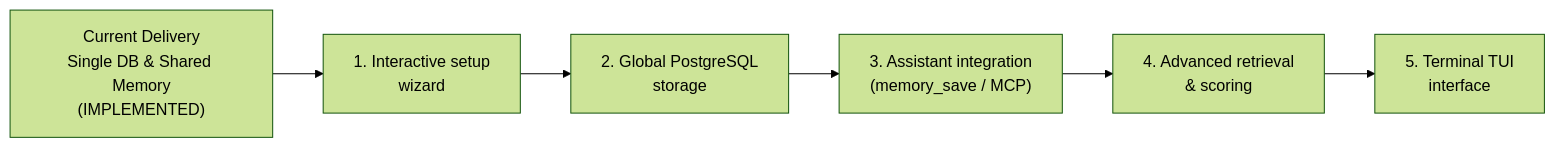
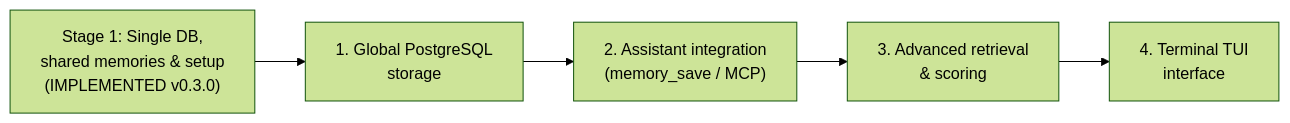
Before and after one commit to jotredev/forge614-engram: the diagram in docs/en/08-boundaries-and-roadmap.md, drawn with Mermaid (forest theme). The commit also changed other lines of this file and 29 other files, not shown here.

First line of the commit message:
Add interactive setup wizard and fix WAL initialization for read-only ac

````diff
--- a/docs/en/08-boundaries-and-roadmap.md
+++ b/docs/en/08-boundaries-and-roadmap.md
@@ -102,8 +128,7 @@
 ```mermaid
 flowchart LR
-    E1["Current Delivery<br>Single DB & Shared Memory<br>(IMPLEMENTED)"] --> P1["1. Interactive setup<br>wizard"]
-    P1 --> P2["2. Global PostgreSQL<br>storage"]
-    P2 --> P3["3. Assistant integration<br>(memory_save / MCP)"]
-    P3 --> P4["4. Advanced retrieval<br>& scoring"]
-    P4 --> P5["5. Terminal TUI<br>interface"]
+    E1["Stage 1: Single DB,<br>shared memories & setup<br>(IMPLEMENTED v0.3.0)"] --> P1["1. Global PostgreSQL<br>storage"]
+    P1 --> P2["2. Assistant integration<br>(memory_save / MCP)"]
+    P2 --> P3["3. Advanced retrieval<br>& scoring"]
+    P3 --> P4["4. Terminal TUI<br>interface"]
 ```
````
